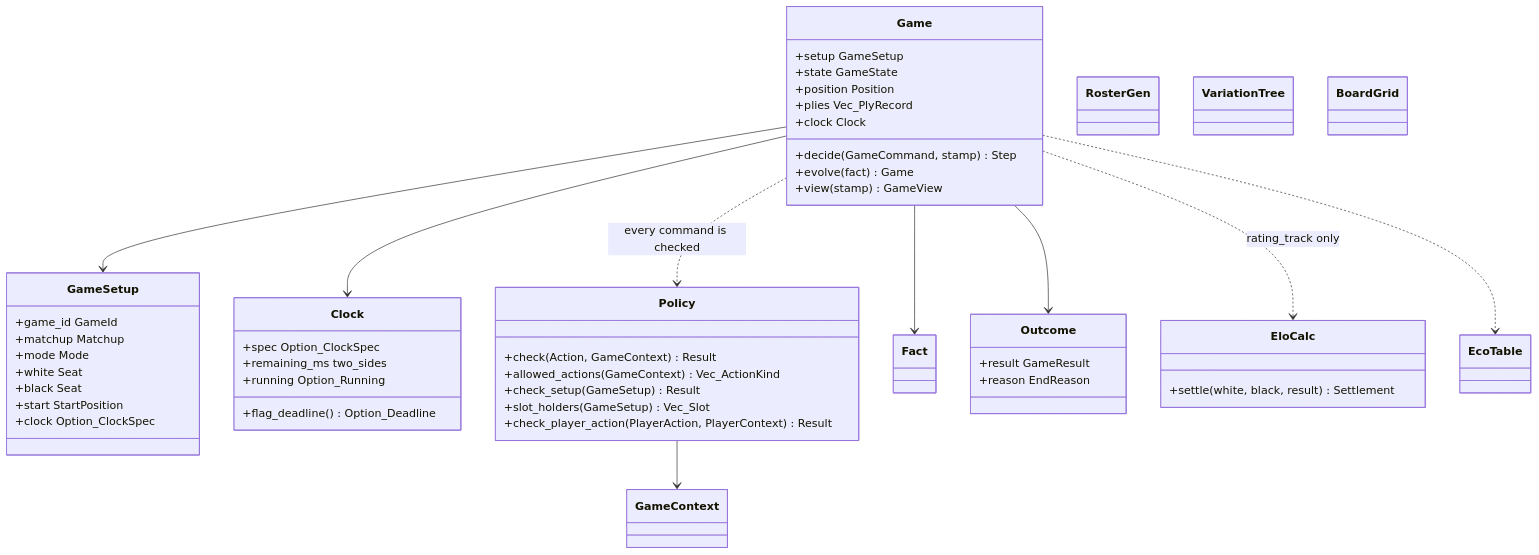
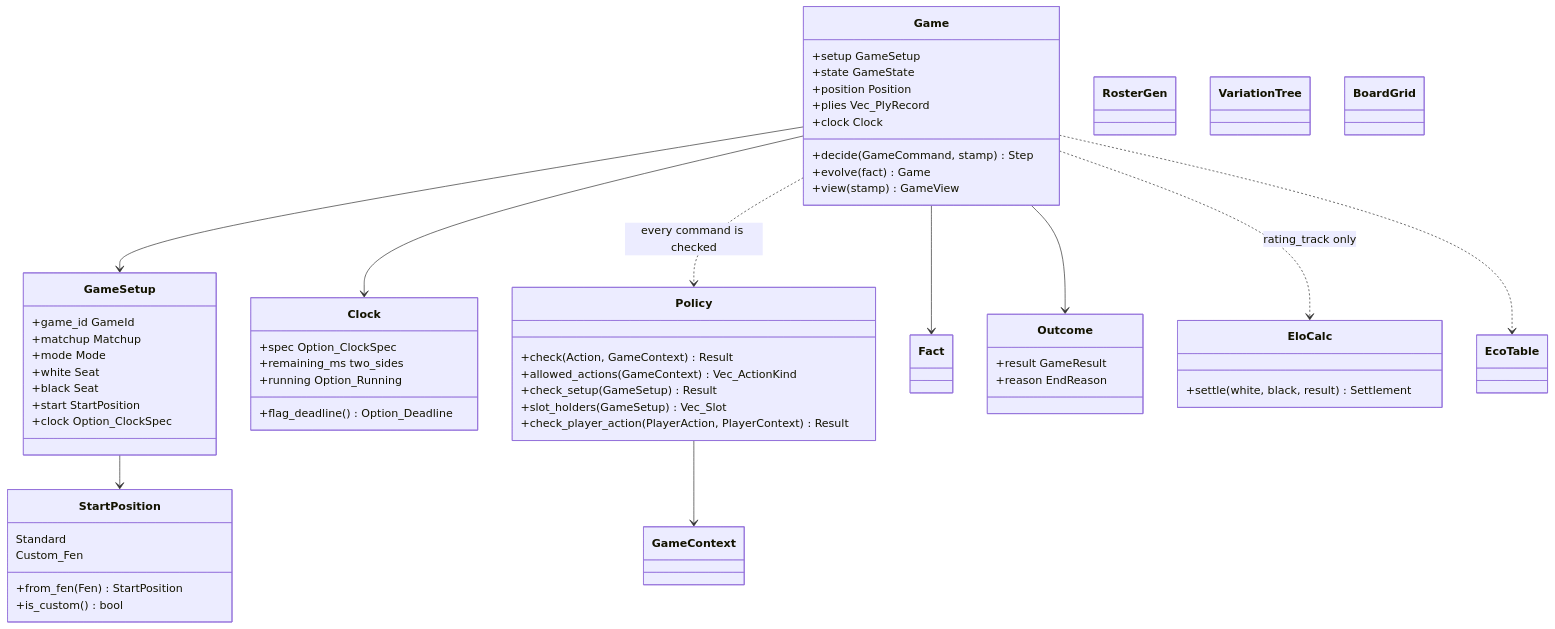
Before and after one commit to bprascher/chess: the third of 8 diagrams in docs/design/SDD-chess-domain.md, drawn with Mermaid. The commit also changed other lines of this file and 9 other files, not shown here.

First line of the commit message:
Apply architecture Amendment 8 and addenda B and C, and align the SDDs

````diff
--- a/docs/design/SDD-chess-domain.md
+++ b/docs/design/SDD-chess-domain.md
@@ -199,56 +200,63 @@
 ```mermaid
 classDiagram
     class Game {
       +setup GameSetup
       +state GameState
       +position Position
       +plies Vec_PlyRecord
       +clock Clock
       +decide(GameCommand, stamp) Step
       +evolve(fact) Game
       +view(stamp) GameView
     }
     class GameSetup {
       +game_id GameId
       +matchup Matchup
       +mode Mode
       +white Seat
       +black Seat
       +start StartPosition
       +clock Option_ClockSpec
+    }
+    class StartPosition {
+      Standard
+      Custom_Fen
+      +from_fen(Fen) StartPosition
+      +is_custom() bool
     }
     class Clock {
       +spec Option_ClockSpec
       +remaining_ms two_sides
       +running Option_Running
       +flag_deadline() Option_Deadline
     }
     class Policy {
       +check(Action, GameContext) Result
       +allowed_actions(GameContext) Vec_ActionKind
       +check_setup(GameSetup) Result
       +slot_holders(GameSetup) Vec_Slot
       +check_player_action(PlayerAction, PlayerContext) Result
     }
     class GameContext
     class Fact
     class Outcome {
       +result GameResult
       +reason EndReason
     }
     class EloCalc {
       +settle(white, black, result) Settlement
     }
     class RosterGen
     class EcoTable
     class VariationTree
     class BoardGrid
     Game --> GameSetup
+    GameSetup --> StartPosition
     Game --> Clock
     Game --> Fact
     Game --> Outcome
     Game ..> Policy : every command is checked
     Policy --> GameContext
     Game ..> EcoTable
     Game ..> EloCalc : rating_track only
 ```
````
